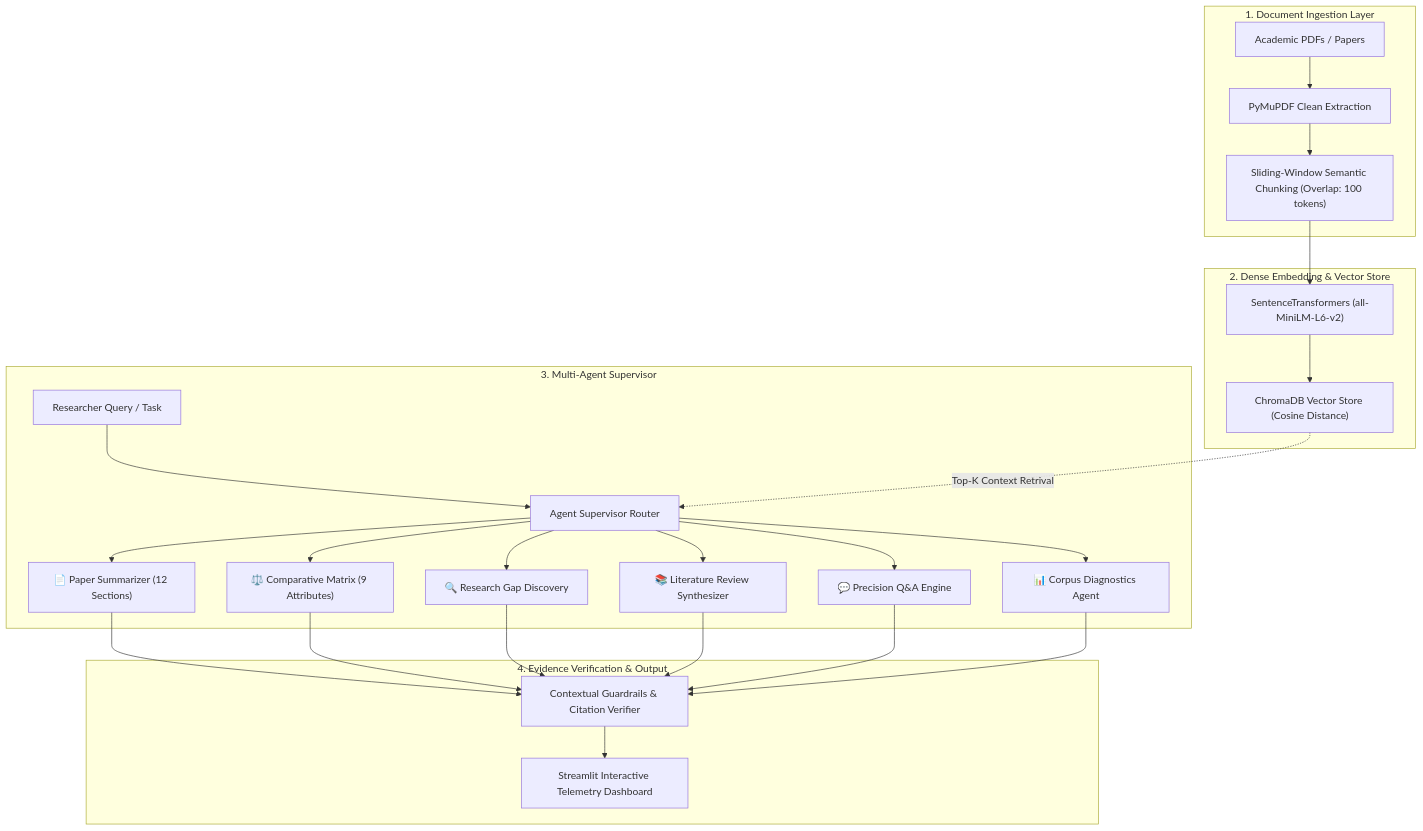
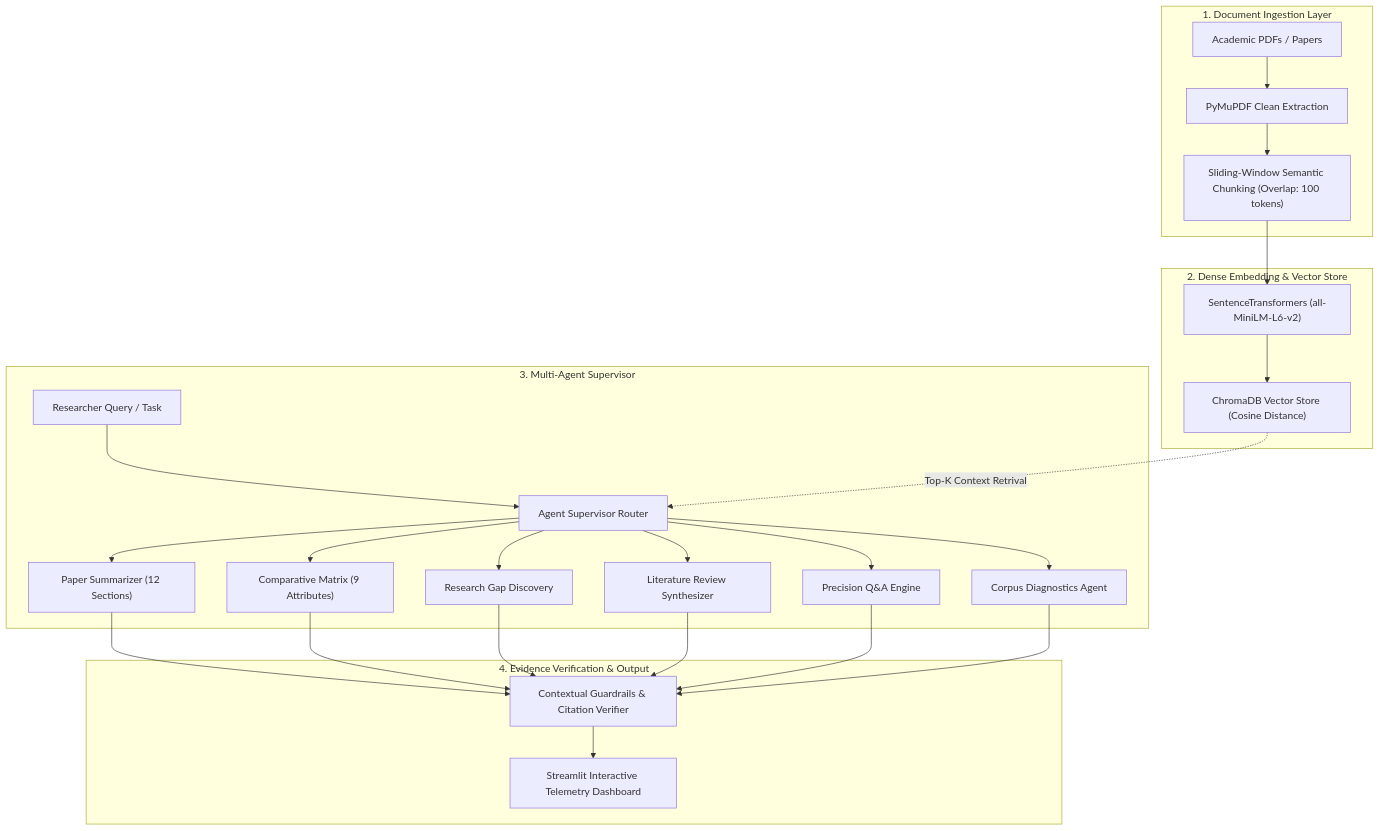
One commit to DMDhanush/researchai changed the diagram in README.md. Above: the diagram before and after it, drawn with Mermaid. The commit also changed other lines of this file, not shown here.

````diff
--- a/README.md
+++ b/README.md
@@ -24,28 +24,28 @@
 ```mermaid
 flowchart TD
     subgraph Ingestion ["1. Document Ingestion Layer"]
         PDF["Academic PDFs / Papers"] --> Parser["PyMuPDF Clean Extraction"]
         Parser --> Chunker["Sliding-Window Semantic Chunking (Overlap: 100 tokens)"]
     end
 
     subgraph VectorDB ["2. Dense Embedding & Vector Store"]
         Chunker --> Embedder["SentenceTransformers (all-MiniLM-L6-v2)"]
         Embedder --> Chroma["ChromaDB Vector Store (Cosine Distance)"]
     end
 
     subgraph AgentRouter ["3. Multi-Agent Supervisor"]
         Query["Researcher Query / Task"] --> Supervisor["Agent Supervisor Router"]
-        Supervisor --> A1["📄 Paper Summarizer (12 Sections)"]
-        Supervisor --> A2["⚖️ Comparative Matrix (9 Attributes)"]
-        Supervisor --> A3["🔍 Research Gap Discovery"]
-        Supervisor --> A4["📚 Literature Review Synthesizer"]
-        Supervisor --> A5["💬 Precision Q&A Engine"]
-        Supervisor --> A6["📊 Corpus Diagnostics Agent"]
+        Supervisor --> A1[" Paper Summarizer (12 Sections)"]
+        Supervisor --> A2[" Comparative Matrix (9 Attributes)"]
+        Supervisor --> A3[" Research Gap Discovery"]
+        Supervisor --> A4[" Literature Review Synthesizer"]
+        Supervisor --> A5[" Precision Q&A Engine"]
+        Supervisor --> A6[" Corpus Diagnostics Agent"]
     end
 
     subgraph Grounding ["4. Evidence Verification & Output"]
         Chroma -.->|"Top-K Context Retrival"| Supervisor
         A1 & A2 & A3 & A4 & A5 & A6 --> Grounder["Contextual Guardrails & Citation Verifier"]
         Grounder --> UI["Streamlit Interactive Telemetry Dashboard"]
     end
 ```
````
